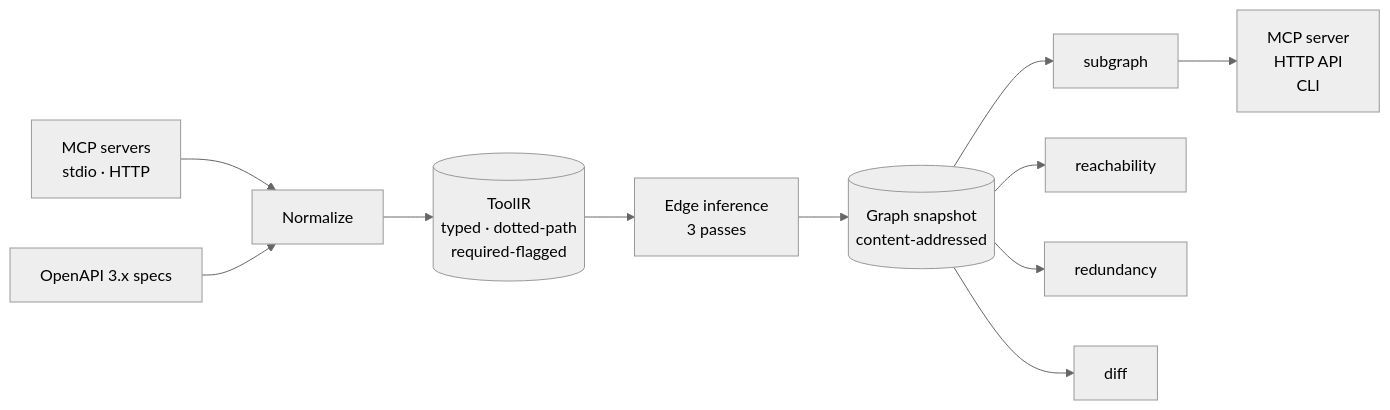
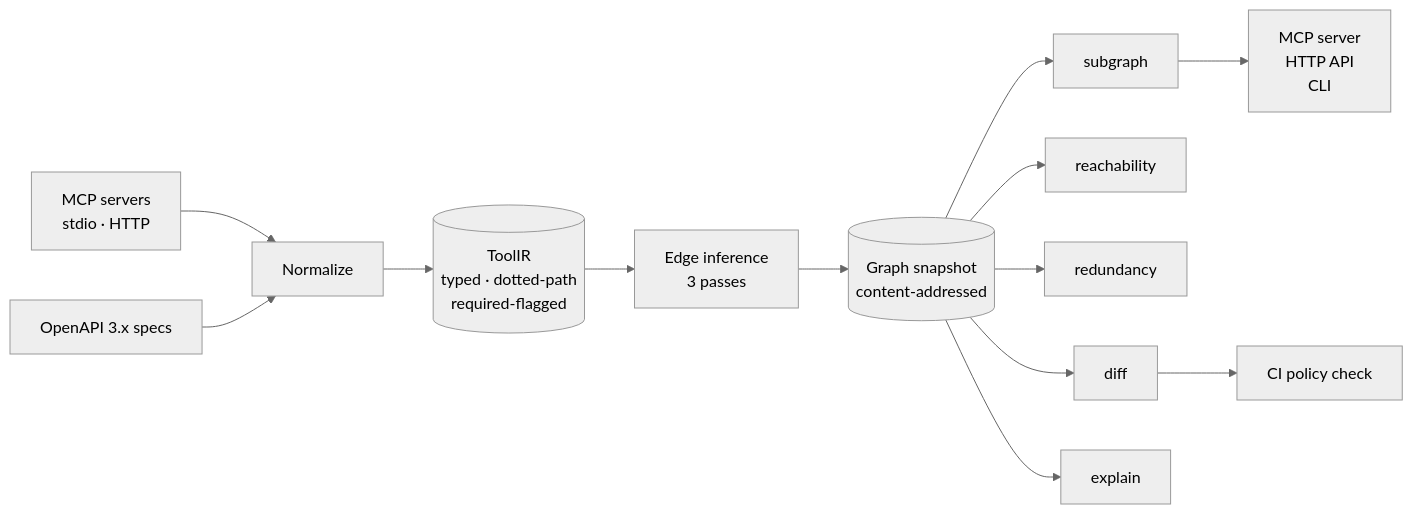
Before and after one commit to srikanthreddy78/filura: the first of 3 diagrams in docs/ARCHITECTURE.md, drawn with Mermaid (neutral theme). The commit also changed other lines of this file and 19 other files, not shown here.

````diff
--- a/docs/ARCHITECTURE.md
+++ b/docs/ARCHITECTURE.md
@@ -9,13 +9,15 @@
 ```mermaid
 flowchart LR
   A[MCP servers<br/>stdio · HTTP] --> C[Normalize]
   B[OpenAPI 3.x specs] --> C
   C --> D[(ToolIR<br/>typed · dotted-path<br/>required-flagged)]
   D --> E[Edge inference<br/>3 passes]
   E --> F[(Graph snapshot<br/>content-addressed)]
   F --> G[subgraph]
   F --> H[reachability]
   F --> I[redundancy]
   F --> J[diff]
+  F --> L[explain]
+  J --> M[CI policy check]
   G --> K[MCP server<br/>HTTP API<br/>CLI]
 ```
````
